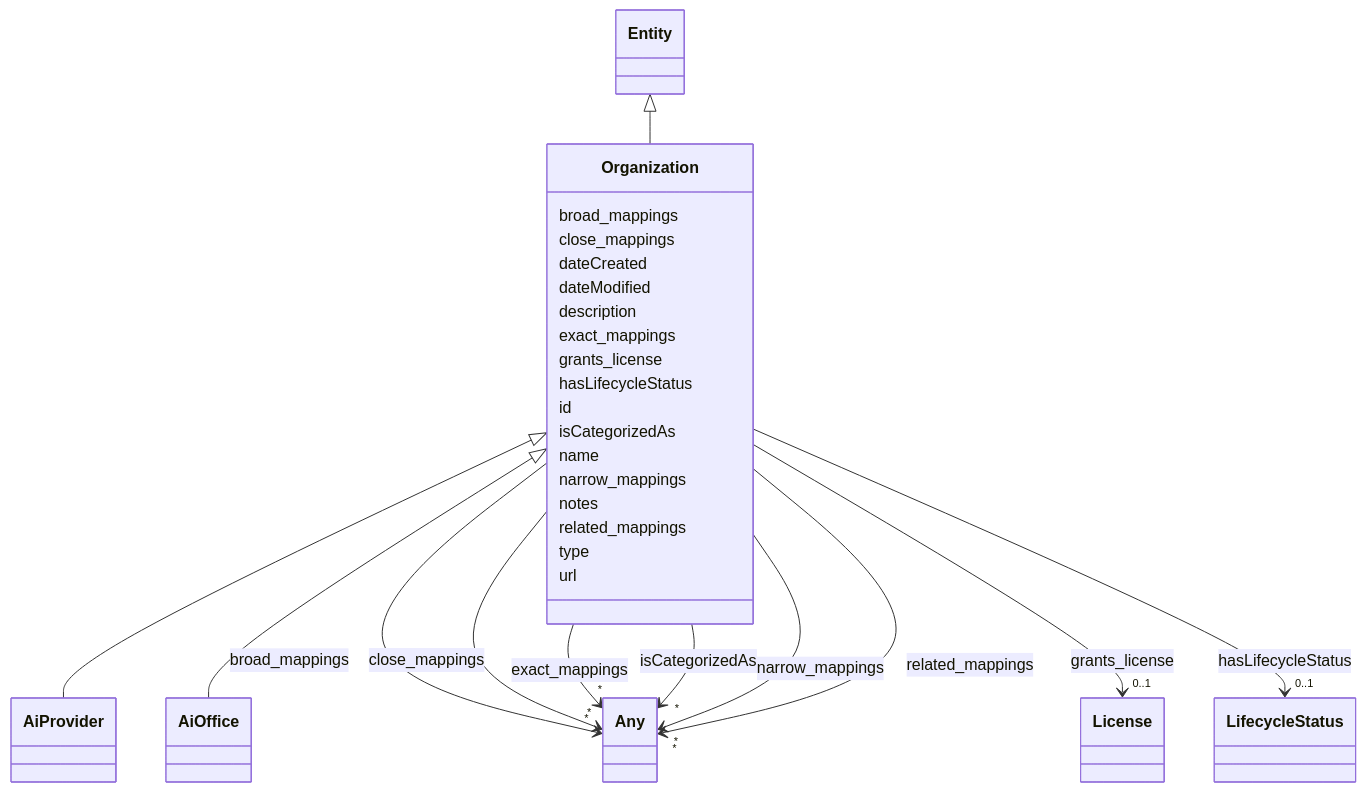
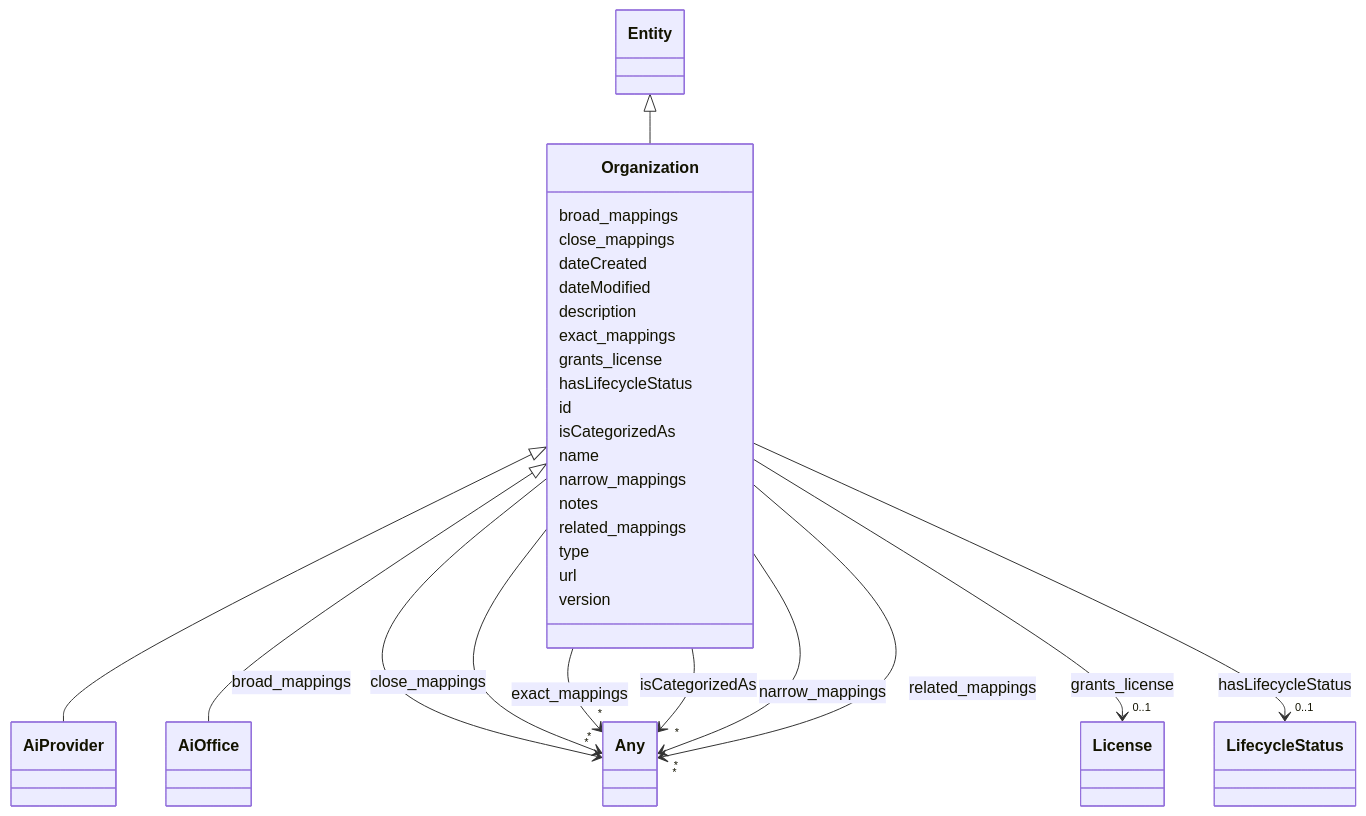
One commit to IBM/ai-atlas-nexus changed the diagram in docs/ontology/Organization.md. Above: the diagram before and after it, drawn with Mermaid. The commit also changed other lines of this file and 101 other files, not shown here.

````diff
--- a/docs/ontology/Organization.md
+++ b/docs/ontology/Organization.md
@@ -129,5 +129,7 @@
 
       Organization : url
 
+      Organization : version
+
 
 ```
````
